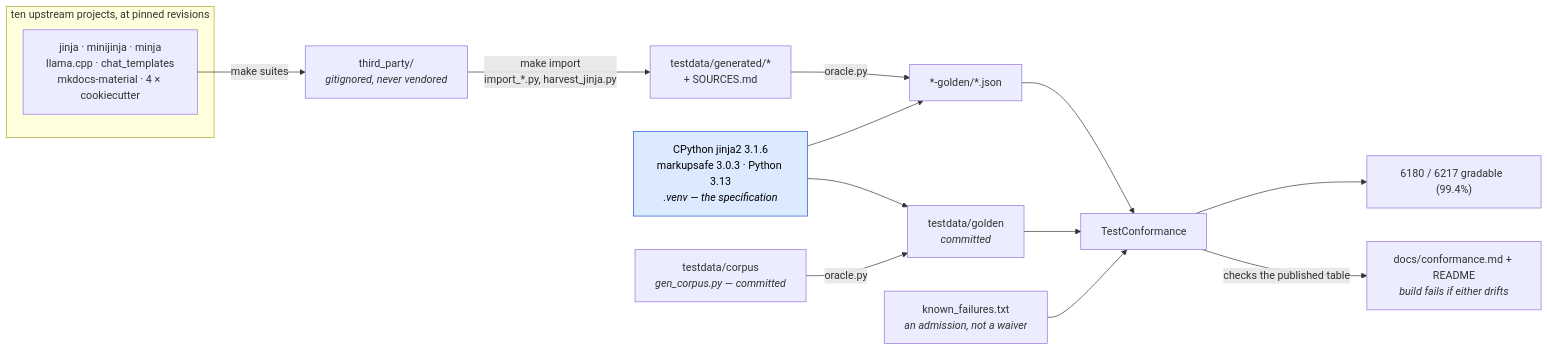
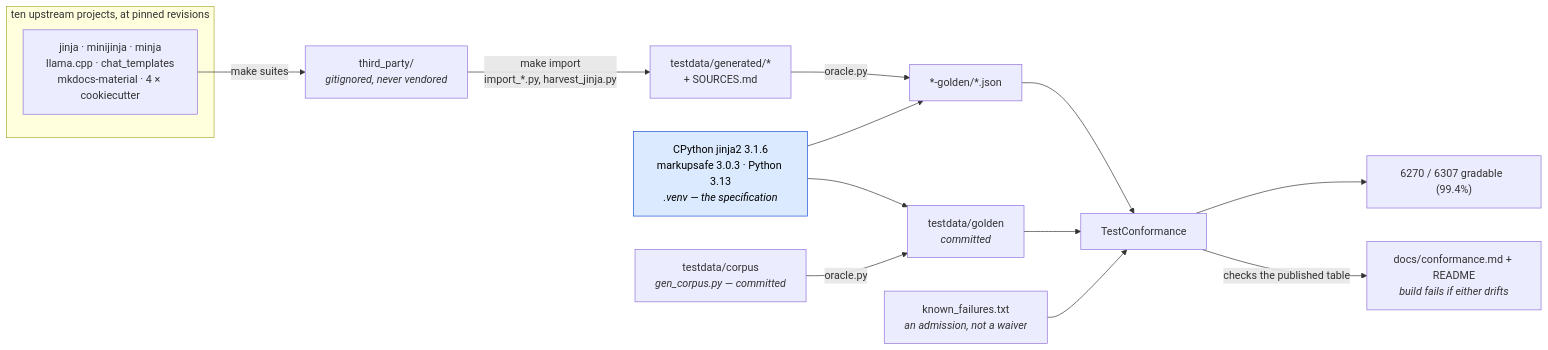
The first of 2 diagrams in docs/conformance.md (mgilbir/gojja2), drawn with Mermaid before and after one commit. The commit also changed other lines of this file and 275 other files, not shown here.

````diff
--- a/docs/conformance.md
+++ b/docs/conformance.md
@@ -17,24 +17,24 @@
 ```mermaid
 flowchart LR
     subgraph up["ten upstream projects, at pinned revisions"]
         U1["jinja · minijinja · minja<br/>llama.cpp · chat_templates<br/>mkdocs-material · 4 × cookiecutter"]
     end
     U1 -->|"make suites"| TP["third_party/<br/><i>gitignored, never vendored</i>"]
     TP -->|"make import<br/>import_*.py, harvest_jinja.py"| GEN["testdata/generated/*<br/>+ SOURCES.md"]
 
     ORA["CPython jinja2 3.1.6<br/>markupsafe 3.0.3 · Python 3.13<br/><i>.venv — the specification</i>"]
     GEN -->|"oracle.py"| G2["*-golden/*.json"]
     ORA --> G2
 
     OWN["testdata/corpus<br/><i>gen_corpus.py — committed</i>"] -->|"oracle.py"| G1["testdata/golden<br/><i>committed</i>"]
     ORA --> G1
 
     G1 --> TC["TestConformance"]
     G2 --> TC
     KF["known_failures.txt<br/><i>an admission, not a waiver</i>"] --> TC
-    TC --> RATE["6180 / 6217 gradable  (99.4%)"]
+    TC --> RATE["6270 / 6307 gradable  (99.4%)"]
     TC -->|"checks the published table"| RM["docs/conformance.md + README<br/><i>build fails if either drifts</i>"]
 
     classDef spec fill:#dbeafe,stroke:#1d4ed8,color:#000
     class ORA spec
 ```
````
